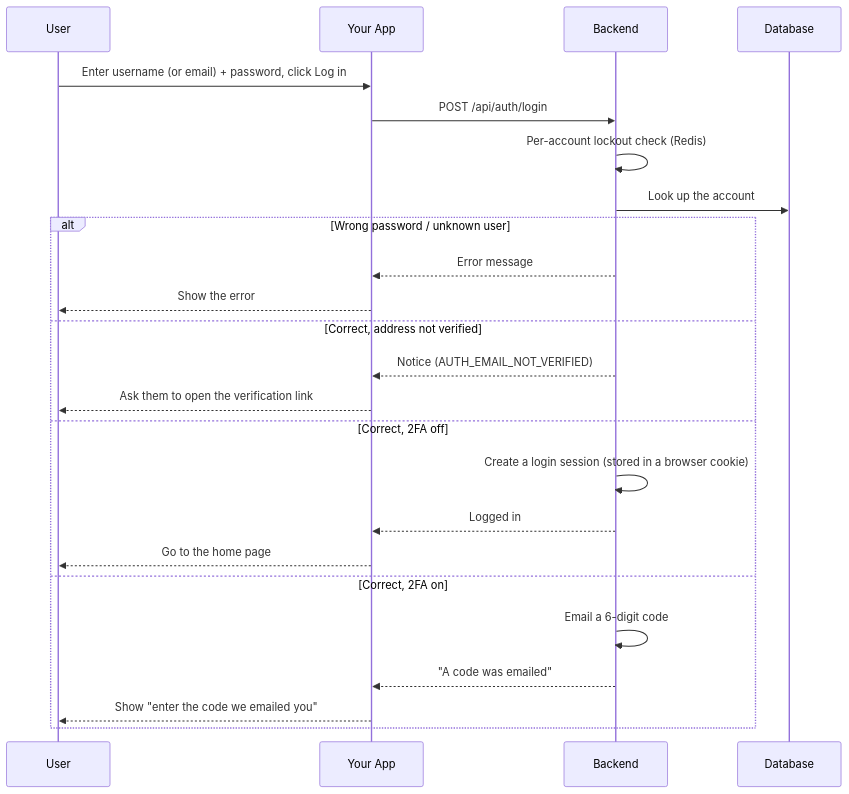
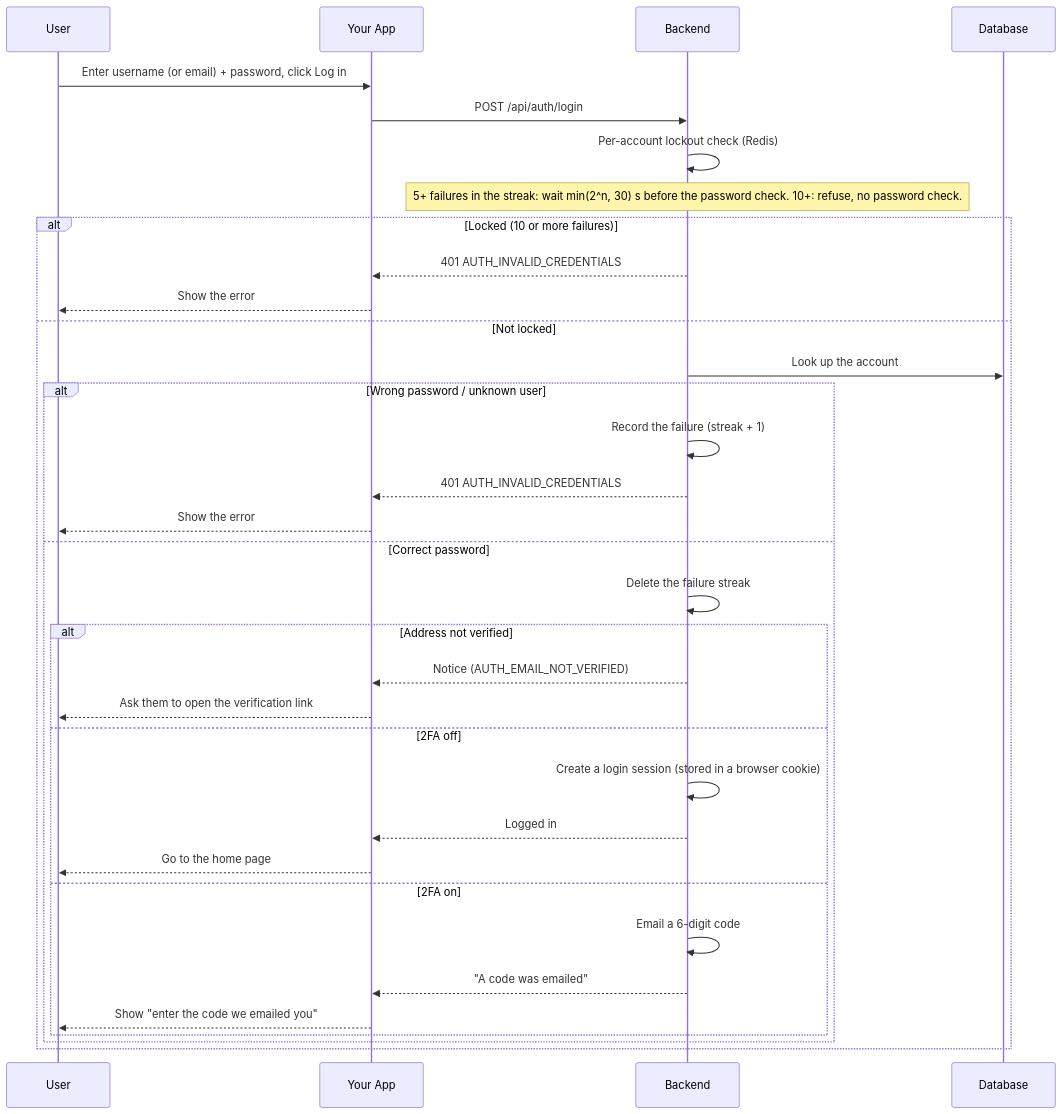
One commit to J00ZzZ/ft_transcendence changed the second of 8 diagrams in docs/backend/backend-auth-module.md. Above: the diagram before and after it, drawn with Mermaid. The commit also changed other lines of this file and 5 other files, not shown here.

````diff
--- a/docs/backend/backend-auth-module.md
+++ b/docs/backend/backend-auth-module.md
@@ -340,27 +340,37 @@
 ```mermaid
 sequenceDiagram
     participant User
     participant Site as Your App
     participant Server as Backend
     participant DB as Database
 
     User->>Site: Enter username (or email) + password, click Log in
     Site->>Server: POST /api/auth/login
     Server->>Server: Per-account lockout check (Redis)
-    Server->>DB: Look up the account
-    alt Wrong password / unknown user
-        Server-->>Site: Error message
+    Note over Server: 5+ failures in the streak: wait min(2^n, 30) s before the password check. 10+: refuse, no password check.
+    alt Locked (10 or more failures)
+        Server-->>Site: 401 AUTH_INVALID_CREDENTIALS
         Site-->>User: Show the error
-    else Correct, address not verified
-        Server-->>Site: Notice (AUTH_EMAIL_NOT_VERIFIED)
-        Site-->>User: Ask them to open the verification link
-    else Correct, 2FA off
-        Server->>Server: Create a login session (stored in a browser cookie)
-        Server-->>Site: Logged in
-        Site-->>User: Go to the home page
-    else Correct, 2FA on
-        Server->>Server: Email a 6-digit code
-        Server-->>Site: "A code was emailed"
-        Site-->>User: Show "enter the code we emailed you"
+    else Not locked
+        Server->>DB: Look up the account
+        alt Wrong password / unknown user
+            Server->>Server: Record the failure (streak + 1)
+            Server-->>Site: 401 AUTH_INVALID_CREDENTIALS
+            Site-->>User: Show the error
+        else Correct password
+            Server->>Server: Delete the failure streak
+            alt Address not verified
+                Server-->>Site: Notice (AUTH_EMAIL_NOT_VERIFIED)
+                Site-->>User: Ask them to open the verification link
+            else 2FA off
+                Server->>Server: Create a login session (stored in a browser cookie)
+                Server-->>Site: Logged in
+                Site-->>User: Go to the home page
+            else 2FA on
+                Server->>Server: Email a 6-digit code
+                Server-->>Site: "A code was emailed"
+                Site-->>User: Show "enter the code we emailed you"
+            end
+        end
     end
 ```
````
